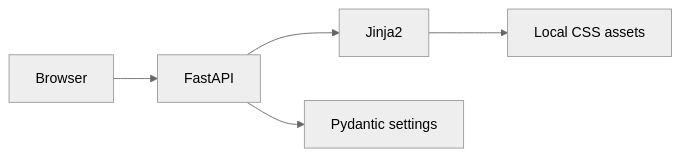
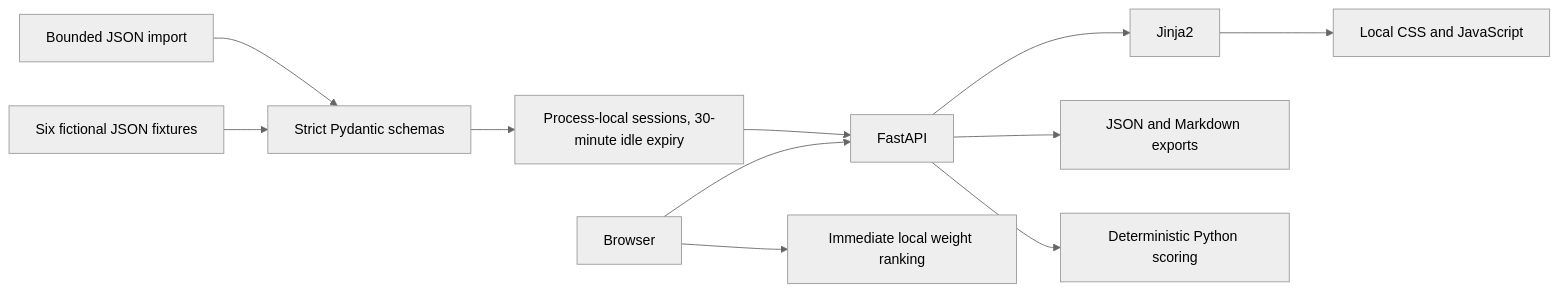
One commit to SDecamps86/PartnershipsStudio changed the diagram in docs/ARCHITECTURE.md. Above: the diagram before and after it, drawn with Mermaid (neutral theme). The commit also changed other lines of this file and 40 other files, not shown here.

````diff
--- a/docs/ARCHITECTURE.md
+++ b/docs/ARCHITECTURE.md
@@ -3,7 +3,13 @@
 ```mermaid
 flowchart LR
     Browser --> FastAPI
     FastAPI --> Jinja2
-    Jinja2 --> LocalAssets[Local CSS assets]
-    FastAPI --> Settings[Pydantic settings]
+    Jinja2 --> LocalAssets[Local CSS and JavaScript]
+    Fixtures[Six fictional JSON fixtures] --> Pydantic[Strict Pydantic schemas]
+    Import[Bounded JSON import] --> Pydantic
+    Pydantic --> Sessions[Process-local sessions, 30-minute idle expiry]
+    Sessions --> FastAPI
+    FastAPI --> Exports[JSON and Markdown exports]
+    Browser --> Ranking[Immediate local weight ranking]
+    FastAPI --> Scoring[Deterministic Python scoring]
 ```
````
